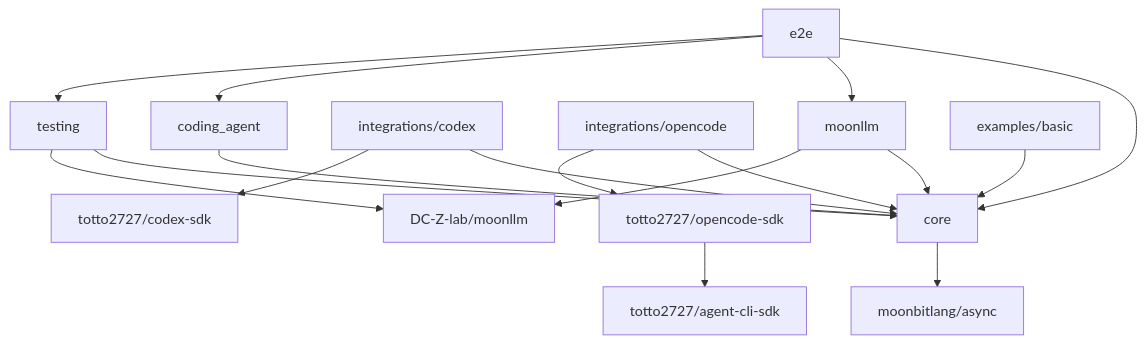
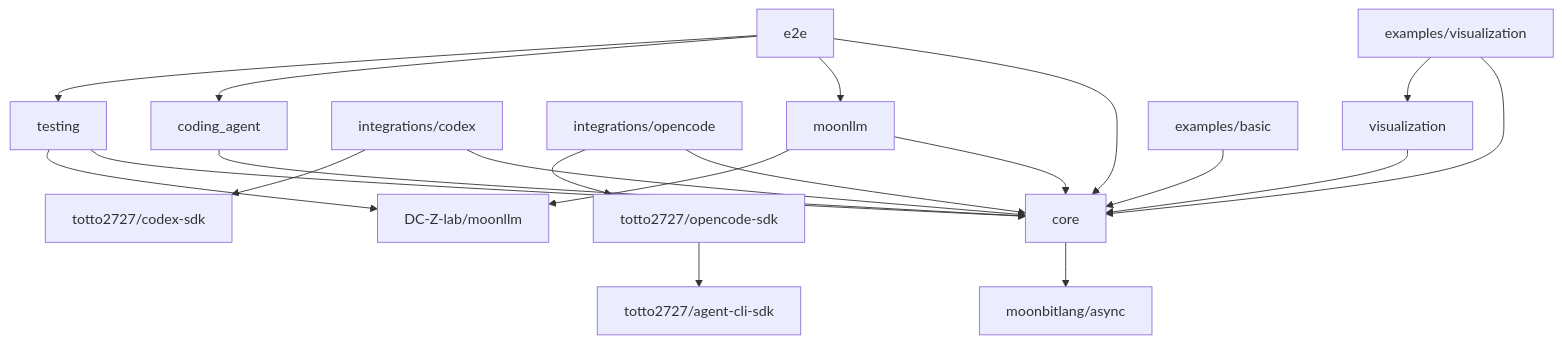
One commit to totto2727-org/monorepo changed the first of 2 diagrams in mbt/package/moon-agent-graph/docs/implementation-plan.ja.md. Above: the diagram before and after it, drawn with Mermaid. The commit also changed other lines of this file and 24 other files, not shown here.

Commit message:
feat(moon-agent-graph): consolidate Mermaid visualization

````diff
--- a/mbt/package/moon-agent-graph/docs/implementation-plan.ja.md
+++ b/mbt/package/moon-agent-graph/docs/implementation-plan.ja.md
@@ -54,19 +58,22 @@
 ```mermaid
 flowchart TD
   Core["core"] --> Async["moonbitlang/async"]
   MoonLLMNode["moonllm"] --> Core
   MoonLLMNode --> MoonLLMSDK["DC-Z-lab/moonllm"]
   Agent["coding_agent"] --> Core
   Codex["integrations/codex"] --> Core
   Codex --> CodexSDK["totto2727/codex-sdk"]
   OpenCode["integrations/opencode"] --> Core
   OpenCode --> OpenCodeSDK["totto2727/opencode-sdk"]
   OpenCodeSDK --> AgentCLI["totto2727/agent-cli-sdk"]
   Testing["testing"] --> Core
   Testing --> MoonLLMSDK
+  Visualization["visualization"] --> Core
   Basic["examples/basic"] --> Core
+  VisualizationExample["examples/visualization"] --> Core
+  VisualizationExample --> Visualization
   E2E["e2e"] --> Core
   E2E --> MoonLLMNode
   E2E --> Agent
   E2E --> Testing
 ```
````
